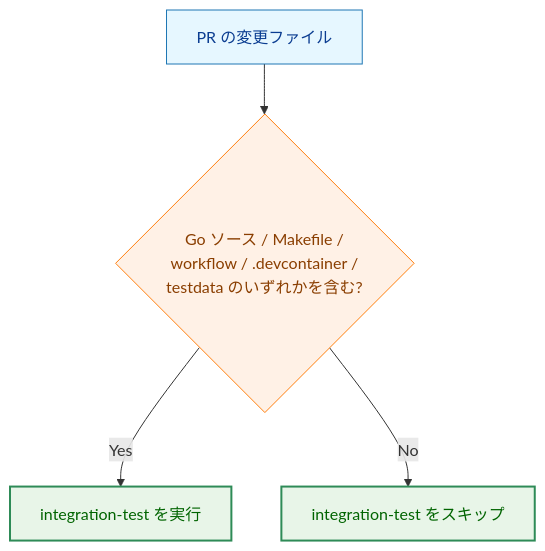
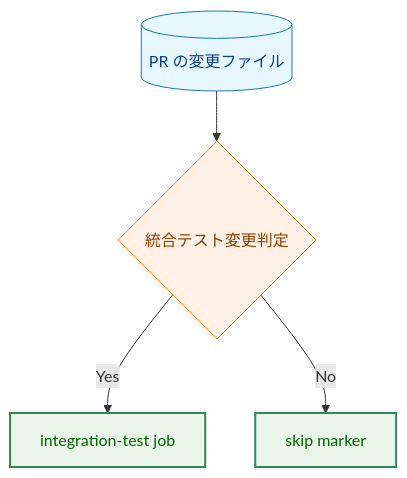
Diagram 13 of 14 in docs/tasks/0090_imap_integration/02_architecture.md (isseis/tlsrpt-digest), drawn with Mermaid before and after one commit. The commit also changed other lines of this file, not shown here.

First line of the commit message:
docs(task 0090): refine architecture doc based on review feedback

````diff
--- a/docs/tasks/0090_imap_integration/02_architecture.md
+++ b/docs/tasks/0090_imap_integration/02_architecture.md
@@ -412,14 +452,14 @@
 ```mermaid
 flowchart TD
     classDef data fill:#e6f7ff,stroke:#1f77b4,stroke-width:1px,color:#0b3d91;
     classDef process fill:#fff1e6,stroke:#ff7f0e,stroke-width:1px,color:#8a3e00;
     classDef enhanced fill:#e8f5e8,stroke:#2e8b57,stroke-width:2px,color:#006400;
 
-    PR["PR の変更ファイル"] --> CHK{"Go ソース / Makefile /<br>workflow / .devcontainer /<br>testdata のいずれかを含む?"}
-    CHK -->|"Yes"| RUN["integration-test を実行"]
-    CHK -->|"No"| SKIP["integration-test をスキップ"]
+    PR[("PR の変更ファイル")] --> CHK{"統合テスト変更判定"}
+    CHK -->|"Yes"| RUN["integration-test job"]
+    CHK -->|"No"| SKIP["skip marker"]
 
     class PR data
     class CHK process
     class RUN,SKIP enhanced
 ```
````
